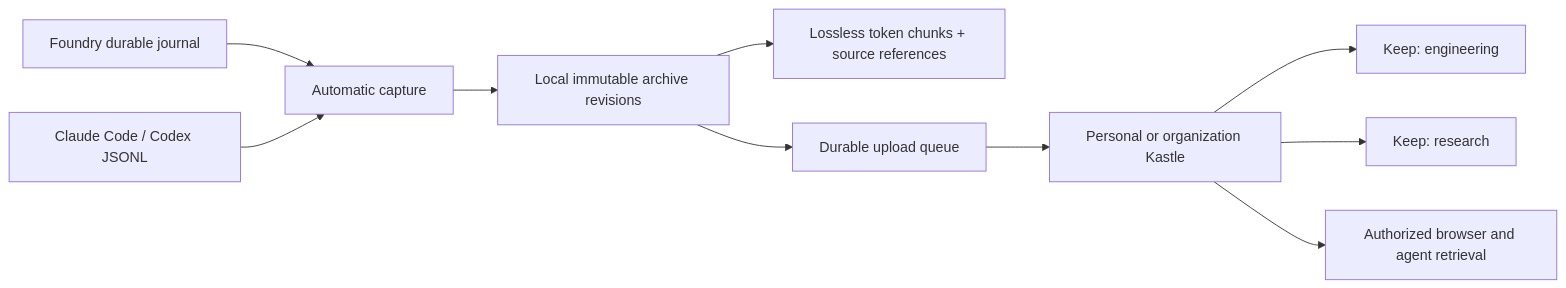
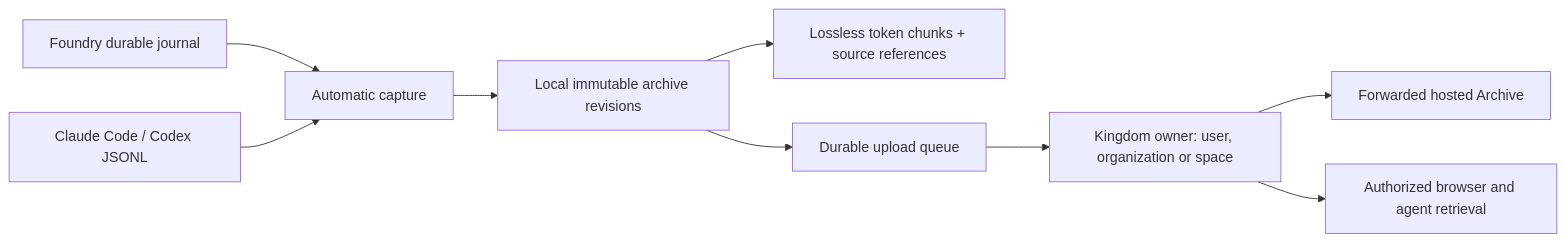
One commit to inixiative/foundry changed the diagram in docs/session-archives.md. Above: the diagram before and after it, drawn with Mermaid. The commit also changed other lines of this file and 20 other files, not shown here.

````diff
--- a/docs/session-archives.md
+++ b/docs/session-archives.md
@@ -5,12 +5,11 @@
 ```mermaid
 flowchart LR
   J[Foundry durable journal] --> C[Automatic capture]
   I[Claude Code / Codex JSONL] --> C
   C --> L[Local immutable archive revisions]
   L --> T[Lossless token chunks + source references]
   L --> Q[Durable upload queue]
-  Q --> K[Personal or organization Kastle]
-  K --> A[Keep: engineering]
-  K --> B[Keep: research]
+  Q --> K[Kingdom owner: user, organization or space]
+  K --> H[Forwarded hosted Archive]
   K --> R[Authorized browser and agent retrieval]
 ```
````
